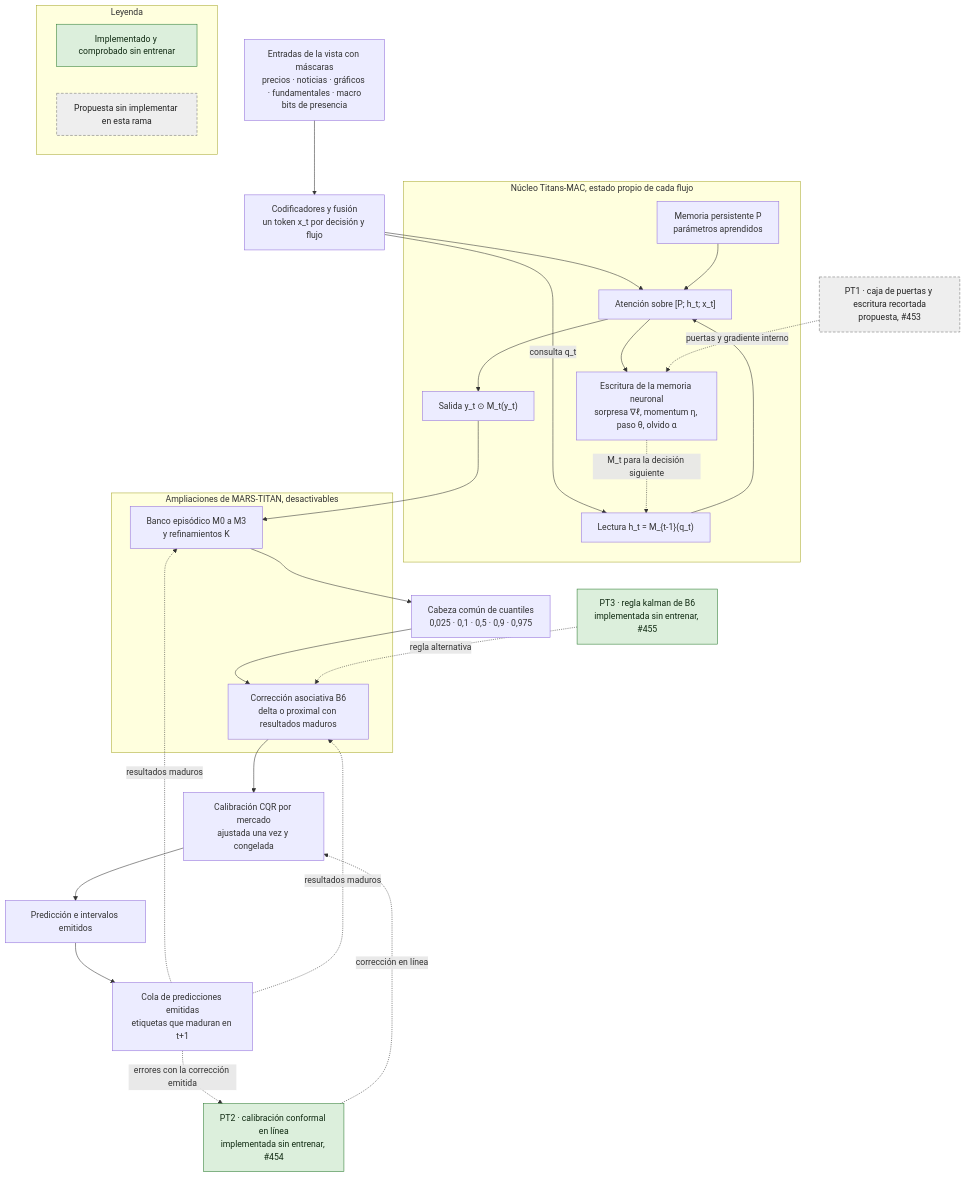
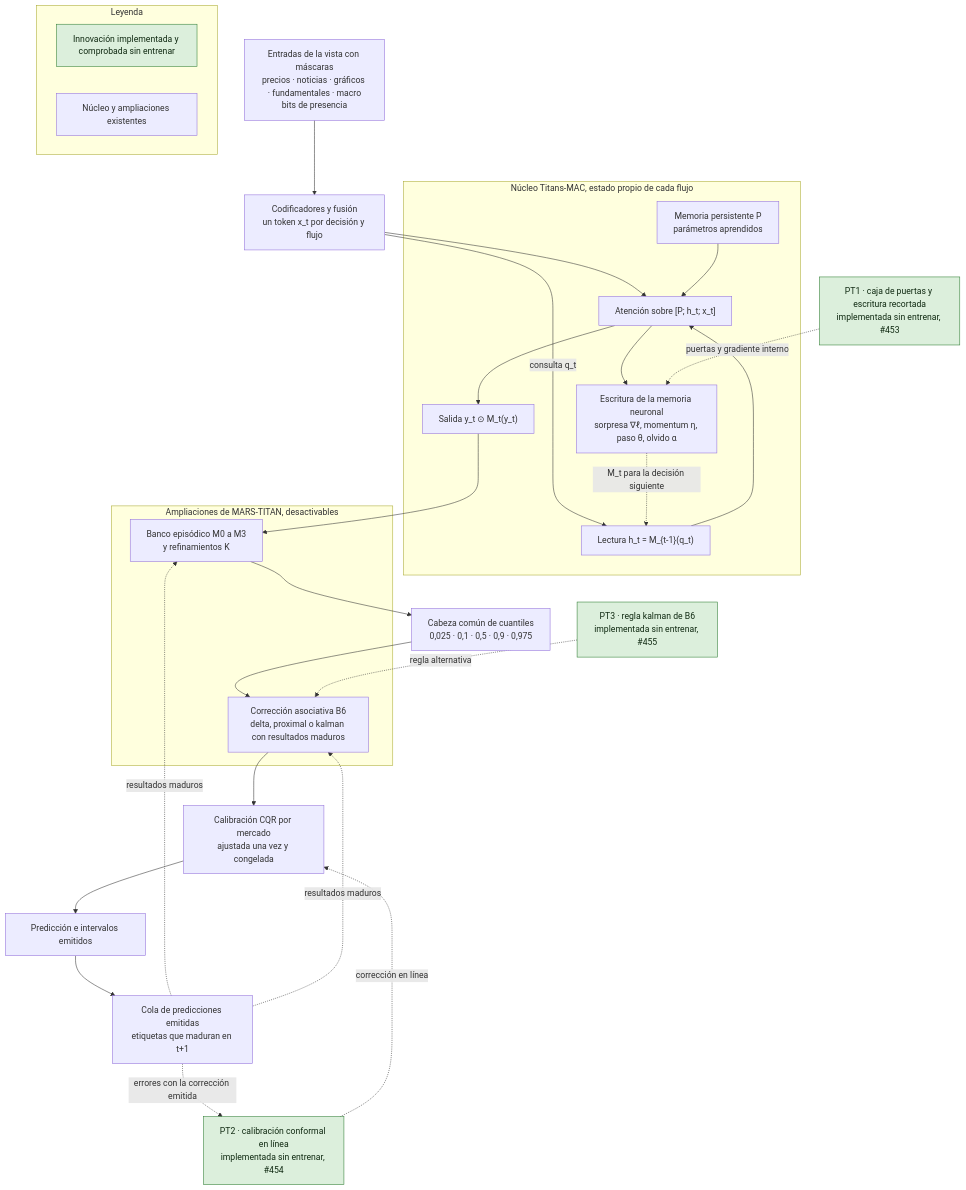
The diagram in docs/research/titans-mac-architecture.md (GonxKZ/mars-titan), drawn with Mermaid before and after one commit. The commit also changed other lines of this file and 3 other files, not shown here.

Commit message:
docs(titans): document the bounded memory with its data flow, equations, sources, tests and measured cost (#453)

````diff
--- a/docs/research/titans-mac-architecture.md
+++ b/docs/research/titans-mac-architecture.md
@@ -241,55 +241,54 @@
 ```mermaid
 flowchart TD
     IN["Entradas de la vista con máscaras<br/>precios · noticias · gráficos · fundamentales · macro<br/>bits de presencia"]
     ENC["Codificadores y fusión<br/>un token x_t por decisión y flujo"]
 
     subgraph MAC["Núcleo Titans-MAC, estado propio de cada flujo"]
         P["Memoria persistente P<br/>parámetros aprendidos"]
         RD["Lectura h_t = M_{t-1}(q_t)"]
         ATT["Atención sobre [P; h_t; x_t]"]
         WR["Escritura de la memoria neuronal<br/>sorpresa ∇ℓ, momentum η, paso θ, olvido α"]
         OG["Salida y_t ⊙ M_t(y_t)"]
     end
 
-    PT1["PT1 · caja de puertas y escritura recortada<br/>propuesta, #453"]:::propuesta
+    PT1["PT1 · caja de puertas y escritura recortada<br/>implementada sin entrenar, #453"]:::comprobado
 
     subgraph EXT["Ampliaciones de MARS-TITAN, desactivables"]
         BANK["Banco episódico M0 a M3<br/>y refinamientos K"]
-        B6["Corrección asociativa B6<br/>delta o proximal con resultados maduros"]
+        B6["Corrección asociativa B6<br/>delta, proximal o kalman con resultados maduros"]
     end
 
     HEAD["Cabeza común de cuantiles<br/>0,025 · 0,1 · 0,5 · 0,9 · 0,975"]
 
     PT3["PT3 · regla kalman de B6<br/>implementada sin entrenar, #455"]:::comprobado
 
     CAL["Calibración CQR por mercado<br/>ajustada una vez y congelada"]
 
     PT2["PT2 · calibración conformal en línea<br/>implementada sin entrenar, #454"]:::comprobado
 
     OUT["Predicción e intervalos emitidos"]
     Q["Cola de predicciones emitidas<br/>etiquetas que maduran en t+1"]
 
     IN --> ENC --> ATT
     ENC -- consulta q_t --> RD
     P --> ATT
     RD --> ATT
     ATT --> WR
     ATT --> OG
     WR -. M_t para la decisión siguiente .-> RD
     OG --> BANK --> HEAD --> B6 --> CAL --> OUT
     OUT --> Q
     Q -. resultados maduros .-> BANK
     Q -. resultados maduros .-> B6
     Q -. errores con la corrección emitida .-> PT2
     PT1 -. puertas y gradiente interno .-> WR
     PT3 -. regla alternativa .-> B6
     PT2 -. corrección en línea .-> CAL
 
     subgraph LEY["Leyenda"]
-        L1["Implementado y comprobado sin entrenar"]:::comprobado
-        L2["Propuesta sin implementar en esta rama"]:::propuesta
+        L1["Innovación implementada y comprobada sin entrenar"]:::comprobado
+        L2["Núcleo y ampliaciones existentes"]
     end
 
     classDef comprobado fill:#dcefdc,stroke:#2e7d32,color:#102a12
-    classDef propuesta fill:#eeeeee,stroke:#757575,color:#222222,stroke-dasharray:5 3
 ```
````
